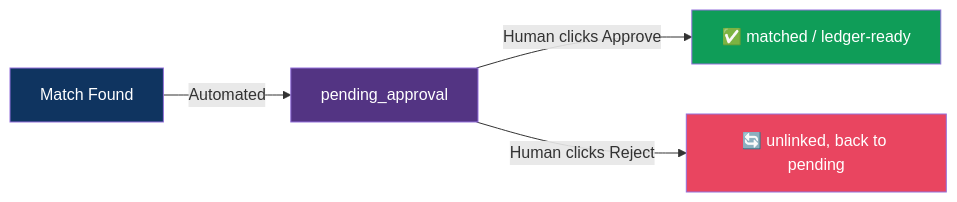
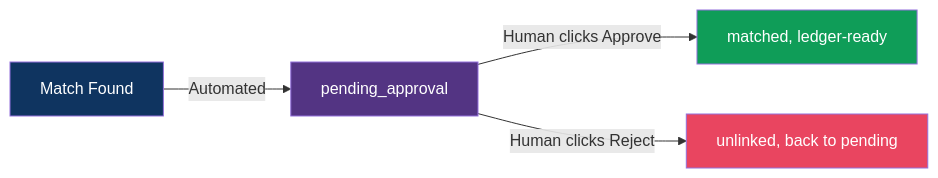
The fourth of 4 diagrams in README.md (PushpendraXdev/advanced-payment-reconciliation), drawn with Mermaid before and after one commit. The commit also changed other lines of this file, not shown here.

Commit message:
Fix Mermaid diagram syntax for GitHub rendering

````diff
--- a/README.md
+++ b/README.md
@@ -236,11 +236,11 @@
 ```mermaid
 flowchart LR
     A[Match Found] -->|Automated| B[pending_approval]
-    B -->|Human clicks Approve| C[✅ matched / ledger-ready]
-    B -->|Human clicks Reject| D[🔄 unlinked, back to pending]
+    B -->|Human clicks Approve| C["matched, ledger-ready"]
+    B -->|Human clicks Reject| D["unlinked, back to pending"]
 
     style A fill:#0f3460,color:#fff
     style B fill:#533483,color:#fff
     style C fill:#0f9d58,color:#fff
     style D fill:#e94560,color:#fff
 ```
````
